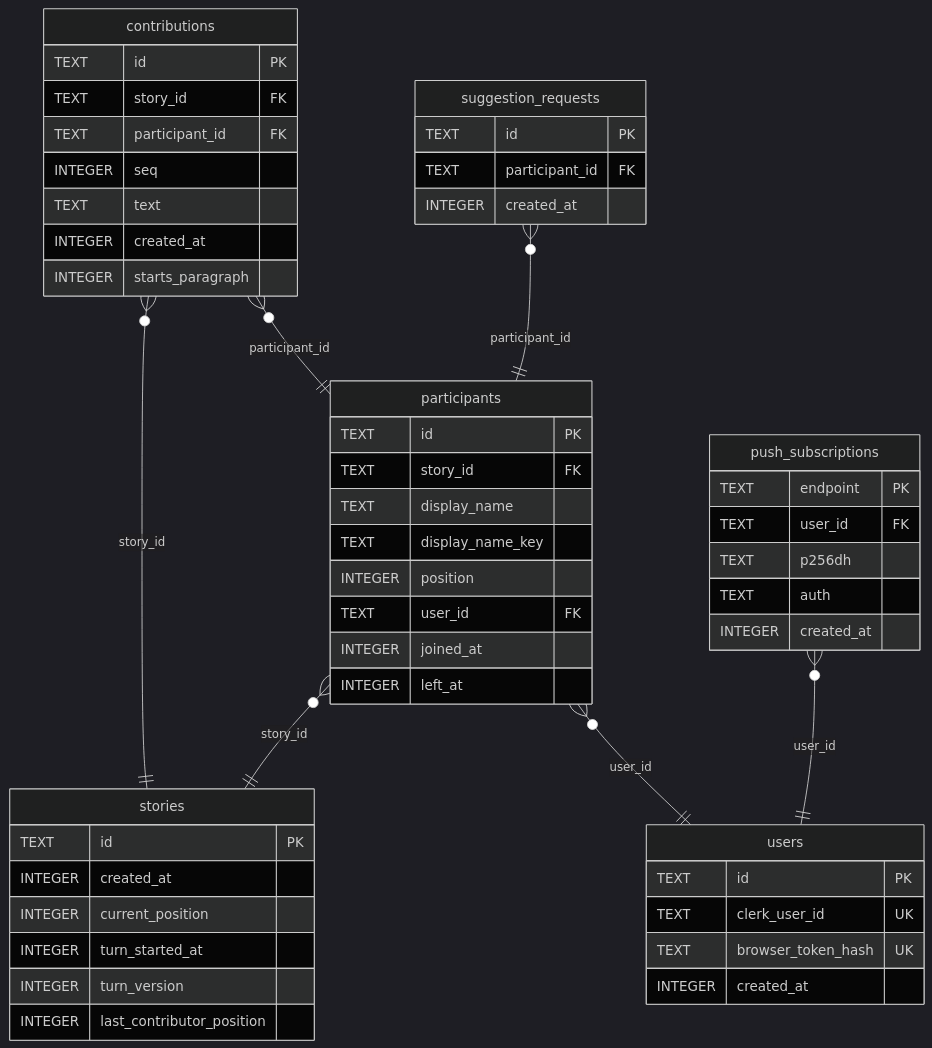
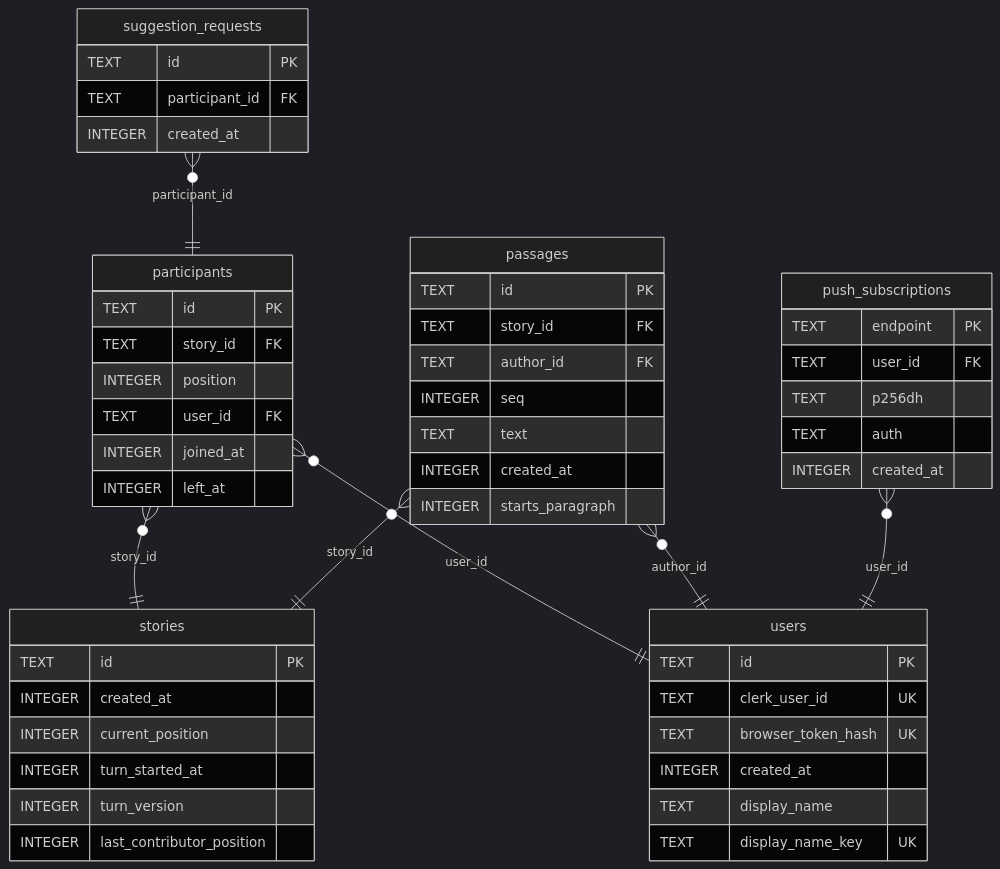
The diagram in docs/database.md (ebh/andthen), drawn with Mermaid (dark theme) before and after one commit. The commit also changed other lines of this file and 3 other files, not shown here.

First line of the commit message:
Document passages, per-user display names and API level 3

````diff
--- a/docs/database.md
+++ b/docs/database.md
@@ -11,54 +11,54 @@
 ```mermaid
 erDiagram
-  contributions {
+  participants {
     TEXT id PK
     TEXT story_id FK
-    TEXT participant_id FK
+    INTEGER position
+    TEXT user_id FK
+    INTEGER joined_at
+    INTEGER left_at
+  }
+  passages {
+    TEXT id PK
+    TEXT story_id FK
+    TEXT author_id FK
     INTEGER seq
     TEXT text
     INTEGER created_at
     INTEGER starts_paragraph
-  }
-  participants {
-    TEXT id PK
-    TEXT story_id FK
-    TEXT display_name
-    TEXT display_name_key
-    INTEGER position
-    TEXT user_id FK
-    INTEGER joined_at
-    INTEGER left_at
   }
   push_subscriptions {
     TEXT endpoint PK
     TEXT user_id FK
     TEXT p256dh
     TEXT auth
     INTEGER created_at
   }
   stories {
     TEXT id PK
     INTEGER created_at
     INTEGER current_position
     INTEGER turn_started_at
     INTEGER turn_version
     INTEGER last_contributor_position
   }
   suggestion_requests {
     TEXT id PK
     TEXT participant_id FK
     INTEGER created_at
   }
   users {
     TEXT id PK
     TEXT clerk_user_id UK
     TEXT browser_token_hash UK
     INTEGER created_at
+    TEXT display_name
+    TEXT display_name_key UK
   }
-  contributions }o--|| participants : "participant_id"
-  contributions }o--|| stories : "story_id"
   participants }o--|| stories : "story_id"
   participants }o--|| users : "user_id"
+  passages }o--|| users : "author_id"
+  passages }o--|| stories : "story_id"
   push_subscriptions }o--|| users : "user_id"
   suggestion_requests }o--|| participants : "participant_id"
 ```
````
